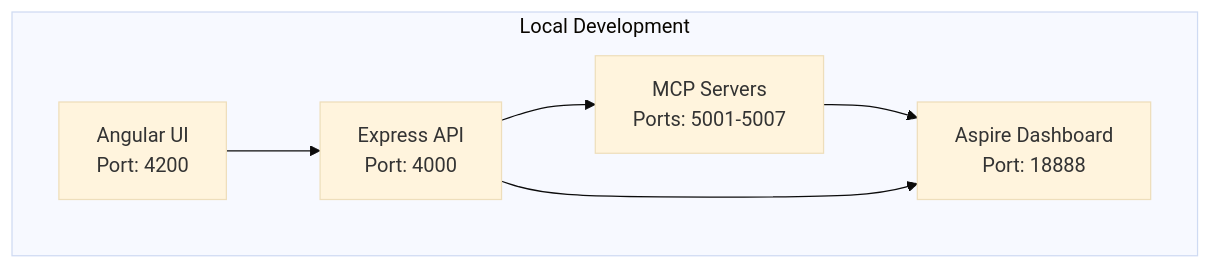
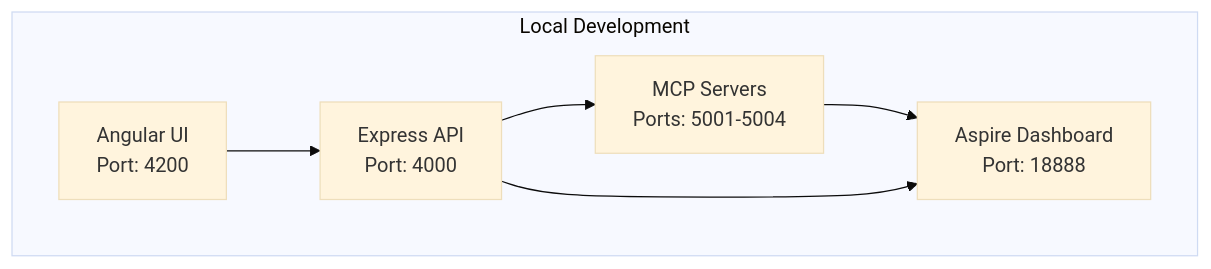
One commit to Azure-Samples/azure-ai-travel-agents changed the fifth of 6 diagrams in docs/technical-architecture.md. Above: the diagram before and after it, drawn with Mermaid (base theme). The commit also changed other lines of this file and 15 other files, not shown here.

````diff
--- a/docs/technical-architecture.md
+++ b/docs/technical-architecture.md
@@ -638,14 +638,14 @@
 ```mermaid
 graph TB
     subgraph Local["Local Development"]
         UI[Angular UI<br/>Port: 4200]
         API[Express API<br/>Port: 4000]
-        MCP[MCP Servers<br/>Ports: 5001-5007]
+        MCP[MCP Servers<br/>Ports: 5001-5004]
         DASH[Aspire Dashboard<br/>Port: 18888]
         
         UI --> API
         API --> MCP
         MCP --> DASH
         API --> DASH
     end
 ```
````
